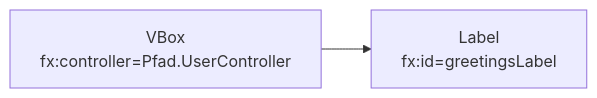
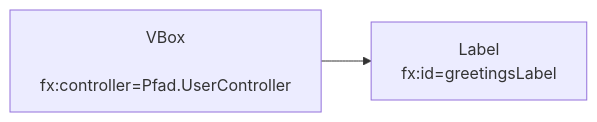
One commit to jappuccini/java-docs changed the third of 3 diagrams in docs/exercises/javafx/javafx06.md. Above: the diagram before and after it, drawn with Mermaid. The commit also changed other lines of this file and 64 other files, not shown here.

````diff
--- a/docs/exercises/javafx/javafx06.md
+++ b/docs/exercises/javafx/javafx06.md
@@ -77,7 +96,9 @@
 ```mermaid
 flowchart LR
-	vbox[VBox\nfx:controller=Pfad.UserController]
-	label[Label\nfx:id=greetingsLabel]
+	vbox[VBox
+	     fx:controller=Pfad.UserController]
+	label[Label
+	      fx:id=greetingsLabel]
 
     vbox --> label
 ```
````
